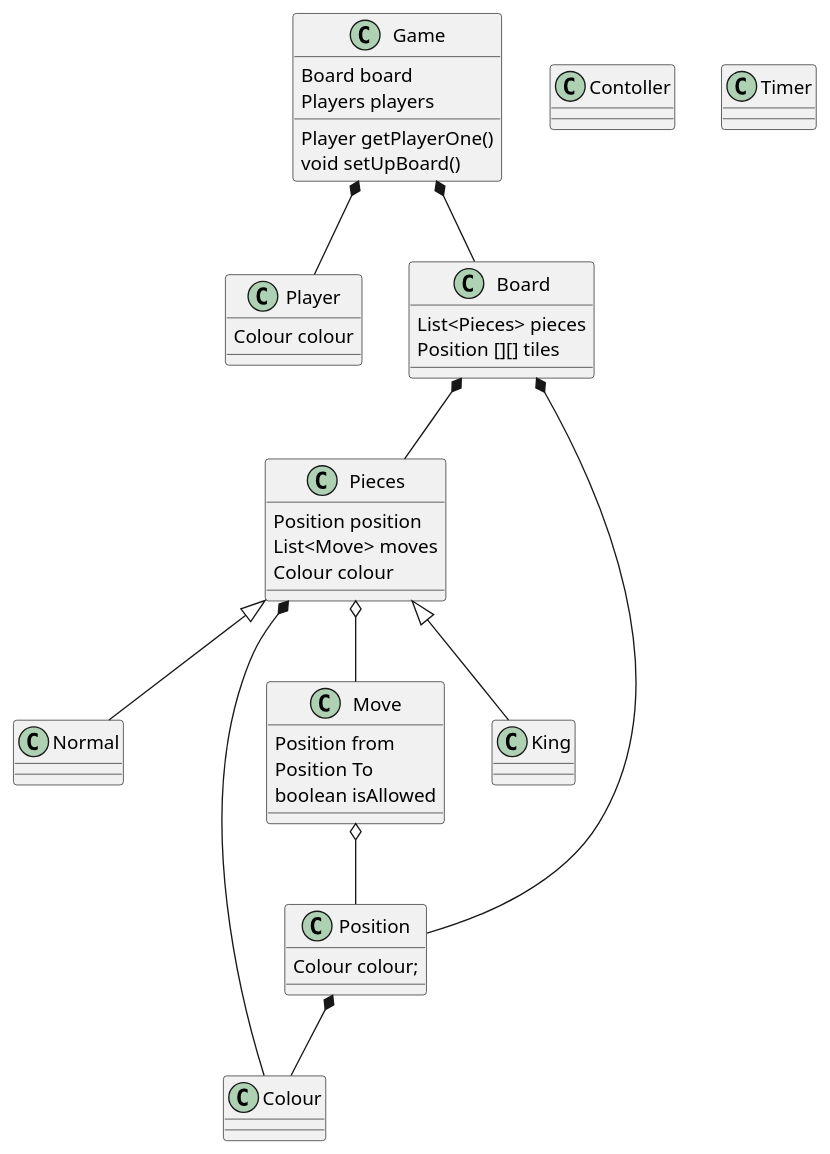
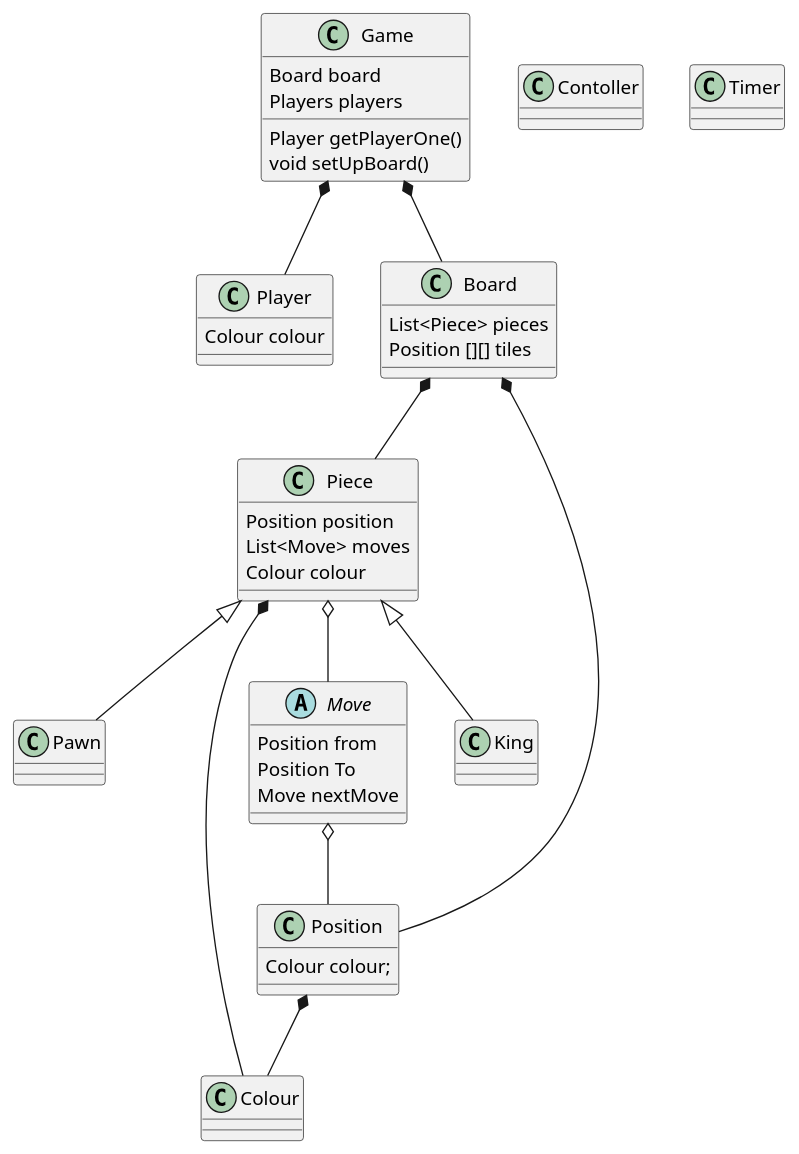
The diagram in SoftArch/Overview.puml (dreOmmani6/Checkers), drawn with PlantUML before and after one commit. The commit also changed 14 other files, not shown here.

```diff
--- a/SoftArch/Overview.puml
+++ b/SoftArch/Overview.puml
@@ -1,58 +1,58 @@
 @startuml
 'https://plantuml.com/class-diagram
 
 class Game{
 Board board
 Players players
 
 Player getPlayerOne()
 void setUpBoard()
 }
 
 Game *-- Player
 Game *-- Board
 
 class Player{
 Colour colour
 }
 
-class Pieces{
+class Piece{
 Position position
 List<Move> moves
 Colour colour
 }
-Pieces <|-- King
-Pieces <|-- Normal
+Piece <|-- King
+Piece <|-- Pawn
 
 class King{}
-class Normal{}
+class Pawn{}
 
-Pieces o-- Move
-Pieces *-- Colour
+Piece o-- Move
+Piece *-- Colour
 
-class Move{
+abstract class Move{
 Position from
 Position To
-boolean isAllowed
+Move nextMove
 }
 Move o-- Position
 
 class Board{
-List<Pieces> pieces
+List<Piece> pieces
 Position [][] tiles
 }
-Board *-- Pieces
+Board *-- Piece
 Board *-- Position
 
 
 class Position{
 Colour colour;
 
 }
 Position *-- Colour
 
 class Colour
 class Contoller
 class Timer
 
 @enduml
```
